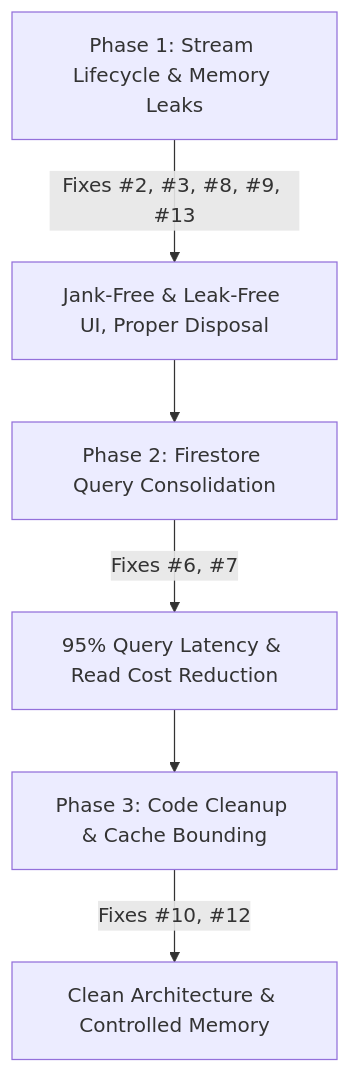
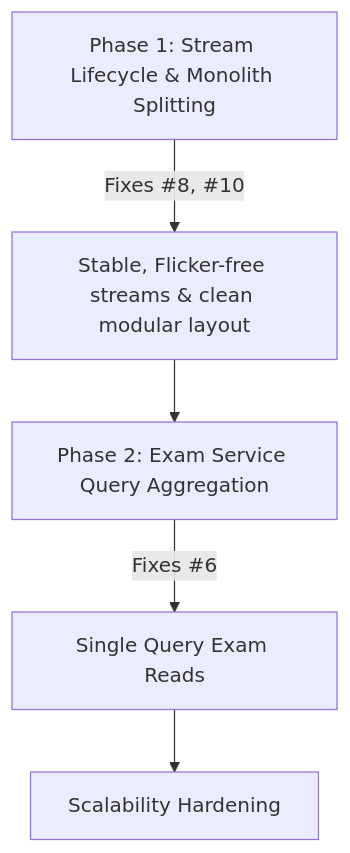
Before and after one commit to PandeyUpendra/school-attendance-app: the diagram in PERFORMANCE_REPORT.md, drawn with Mermaid. The commit also changed other lines of this file and 18 other files, not shown here.

````diff
--- a/PERFORMANCE_REPORT.md
+++ b/PERFORMANCE_REPORT.md
@@ -293,8 +201,7 @@
 ```mermaid
 graph TD
-    A["Phase 1: Stream Lifecycle & Memory Leaks"] -->|Fixes #2, #3, #8, #9, #13| B["Jank-Free & Leak-Free UI, Proper Disposal"]
-    B --> C["Phase 2: Firestore Query Consolidation"]
-    C -->|Fixes #6, #7| D["95% Query Latency & Read Cost Reduction"]
-    D --> E["Phase 3: Code Cleanup & Cache Bounding"]
-    E -->|Fixes #10, #12| F["Clean Architecture & Controlled Memory"]
+    A["Phase 1: Stream Lifecycle & Monolith Splitting"] -->|Fixes #8, #10| B["Stable, Flicker-free streams & clean modular layout"]
+    B --> C["Phase 2: Exam Service Query Aggregation"]
+    C -->|Fixes #6| D["Single Query Exam Reads"]
+    D --> E["Scalability Hardening"]
 ```
````
